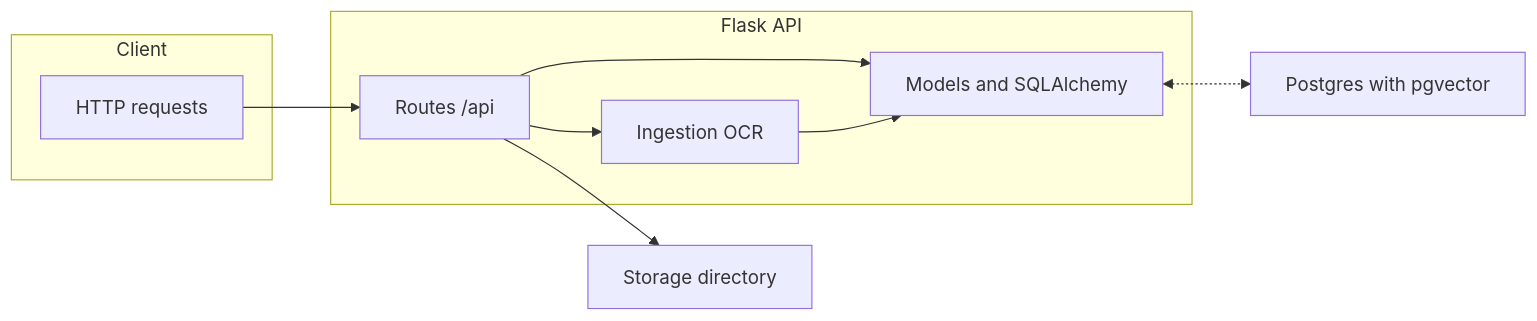
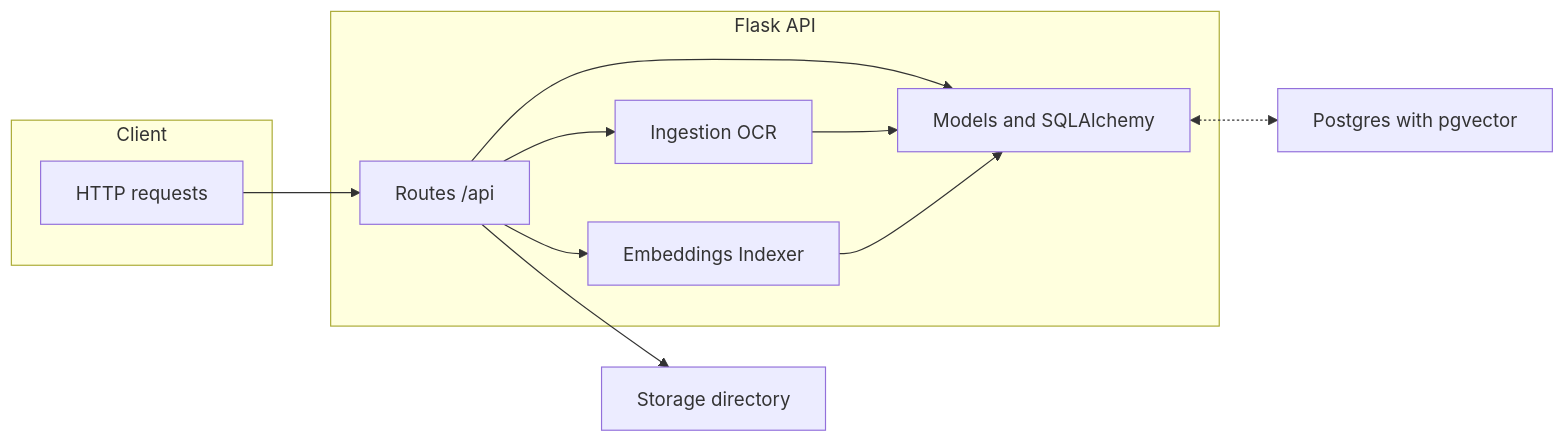
One commit to SohailGidwani/knowledge_hub changed the diagram in README.md. Above: the diagram before and after it, drawn with Mermaid. The commit also changed other lines of this file and 7 other files, not shown here.

````diff
--- a/README.md
+++ b/README.md
@@ -81,22 +82,25 @@
 ```mermaid
 flowchart LR
   subgraph Client
     A[HTTP requests]
   end
 
   subgraph API[Flask API]
     R[Routes /api]
     M[Models and SQLAlchemy]
     I[Ingestion OCR]
+    E[Embeddings Indexer]
   end
 
   DB[Postgres with pgvector]
   FS[Storage directory]
 
   A --> R
   R --> M
   M <-.-> DB
   R --> FS
   R --> I
   I --> M
+  R --> E
+  E --> M
 ```
````
